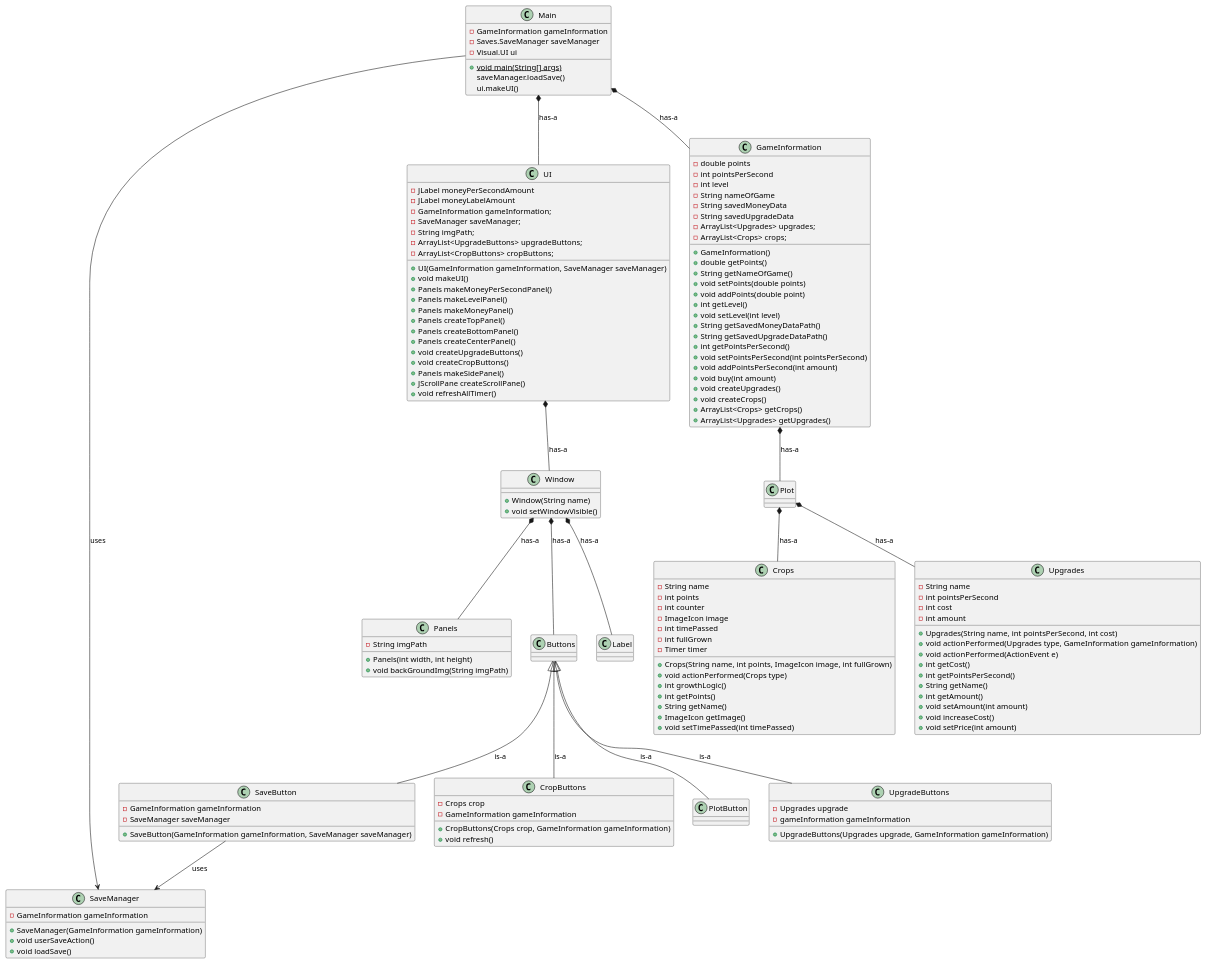
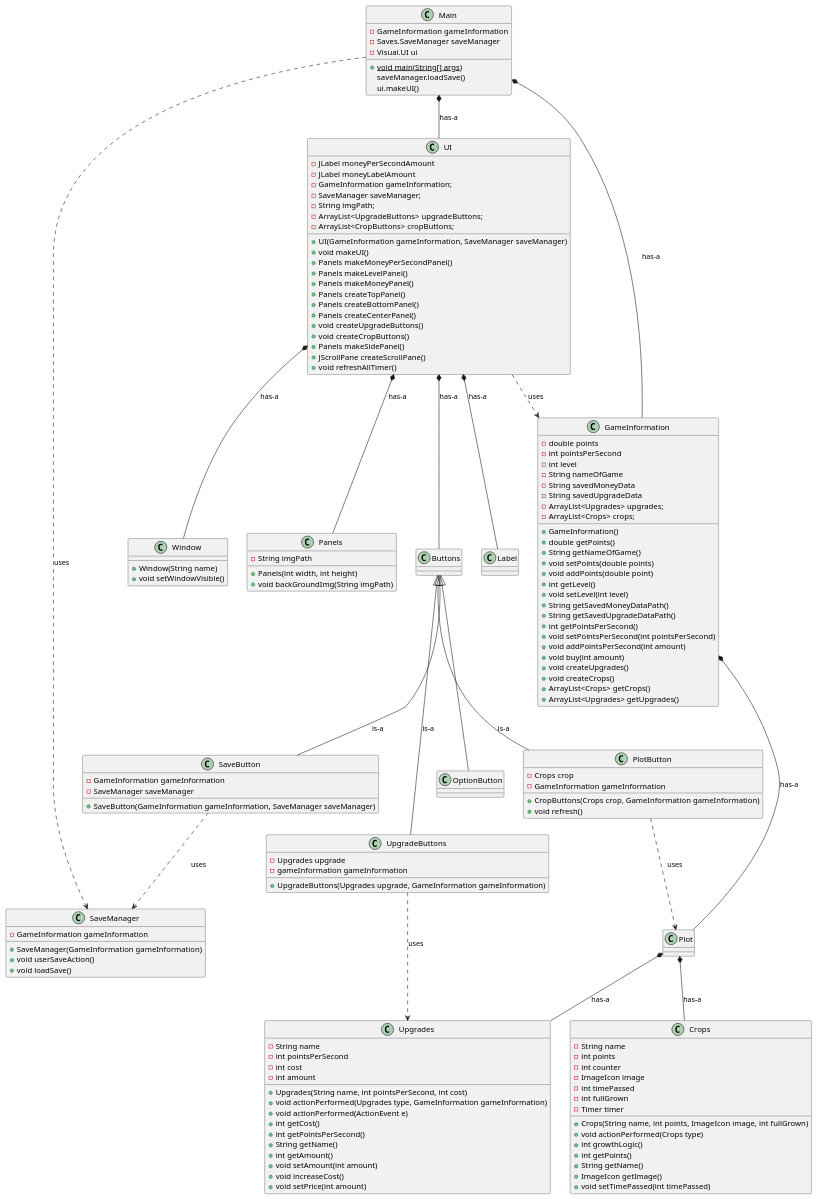
Before and after one commit to JonasChristoffersen/GameSideProject: the diagram in doc/Diagrams/classDiagramsUpdated.puml, drawn with PlantUML.

```diff
--- a/doc/Diagrams/classDiagramsUpdated.puml
+++ b/doc/Diagrams/classDiagramsUpdated.puml
@@ -1,164 +1,167 @@
 @startuml
 'https://plantuml.com/class-diagram
 
 class Main {
     + {static} void main(String[] args)
     - GameInformation gameInformation
     - Saves.SaveManager saveManager
     - Visual.UI ui
     saveManager.loadSave()
     ui.makeUI()
 }
-Main --> SaveManager : uses
+Main ..> SaveManager : uses
 Main *-- UI : has-a
 Main *-- GameInformation : has-a
 
 
 class UI {
     - JLabel moneyPerSecondAmount
     - JLabel moneyLabelAmount
     - GameInformation gameInformation;
     - SaveManager saveManager;
     - String imgPath;
     - ArrayList<UpgradeButtons> upgradeButtons;
     - ArrayList<CropButtons> cropButtons;
     + UI(GameInformation gameInformation, SaveManager saveManager)
     + void makeUI()
     + Panels makeMoneyPerSecondPanel()
     + Panels makeLevelPanel()
     + Panels makeMoneyPanel()
     + Panels createTopPanel()
     + Panels createBottomPanel()
     + Panels createCenterPanel()
     + void createUpgradeButtons()
     + void createCropButtons()
     + Panels makeSidePanel()
     + JScrollPane createScrollPane()
     + void refreshAllTimer()
 }
 UI *-- Window : has-a
+UI ..> GameInformation : uses
+UI *-- Panels : has-a
+UI *-- Buttons : has-a
+UI *-- Label : has-a
 
 class Window {
     + Window(String name)
     + void setWindowVisible()
 }
-Window *-- Panels : has-a
-Window *-- Buttons : has-a
-Window *-- Label : has-a
 
 class Buttons {
 }
 Buttons <|-- SaveButton : is-a
-Buttons <|-- CropButtons : is-a
 Buttons <|-- PlotButton : is-a
 Buttons <|-- UpgradeButtons : is-a
+Buttons <|-- OptionButton
 
 class SaveButton {
     - GameInformation gameInformation
     - SaveManager saveManager
     + SaveButton(GameInformation gameInformation, SaveManager saveManager)
 }
-SaveButton --> SaveManager : uses
-
-class CropButtons {
-    - Crops crop
-    - GameInformation gameInformation
-    + CropButtons(Crops crop, GameInformation gameInformation)
-    + void refresh()
-}
+SaveButton ..> SaveManager : uses
 
 class UpgradeButtons {
     - Upgrades upgrade
     - gameInformation gameInformation
     + UpgradeButtons(Upgrades upgrade, GameInformation gameInformation)
 }
+UpgradeButtons ..> Upgrades : uses
 
 class PlotButton {
+    - Crops crop
+    - GameInformation gameInformation
+    + CropButtons(Crops crop, GameInformation gameInformation)
+    + void refresh()
+}
+PlotButton ..> Plot : uses
+
+class OptionButton {
 }
 
 class Panels {
     - String imgPath
     + Panels(int width, int height)
     + void backGroundImg(String imgPath)
 }
 
 class Label {
 }
 
 
 class SaveManager {
     - GameInformation gameInformation
     + SaveManager(GameInformation gameInformation)
     + void userSaveAction()
     + void loadSave()
 }
 
 class GameInformation {
     - double points
     - int pointsPerSecond
     - int level
     - String nameOfGame
     - String savedMoneyData
     - String savedUpgradeData
     - ArrayList<Upgrades> upgrades;
     - ArrayList<Crops> crops;
     + GameInformation()
     + double getPoints()
     + String getNameOfGame()
     + void setPoints(double points)
     + void addPoints(double point)
     + int getLevel()
     + void setLevel(int level)
     + String getSavedMoneyDataPath()
     + String getSavedUpgradeDataPath()
     + int getPointsPerSecond()
     + void setPointsPerSecond(int pointsPerSecond)
     + void addPointsPerSecond(int amount)
     + void buy(int amount)
     + void createUpgrades()
     + void createCrops()
     + ArrayList<Crops> getCrops()
     + ArrayList<Upgrades> getUpgrades()
 }
 GameInformation *-- Plot : has-a
 
 class Plot {
 }
 Plot *-- Crops : has-a
 Plot *-- Upgrades : has-a
 
 class Crops {
     - String name
     - int points
     - int counter
     - ImageIcon image
     - int timePassed
     - int fullGrown
     - Timer timer
     + Crops(String name, int points, ImageIcon image, int fullGrown)
     + void actionPerformed(Crops type)
     + int growthLogic()
     + int getPoints()
     + String getName()
     + ImageIcon getImage()
     + void setTimePassed(int timePassed)
 }
 
 class Upgrades {
     - String name
     - int pointsPerSecond
     - int cost
     - int amount
     + Upgrades(String name, int pointsPerSecond, int cost)
     + void actionPerformed(Upgrades type, GameInformation gameInformation)
     + void actionPerformed(ActionEvent e)
     + int getCost()
     + int getPointsPerSecond()
     + String getName()
     + int getAmount()
     + void setAmount(int amount)
     + void increaseCost()
     + void setPrice(int amount)
 }
 
 @enduml
```
